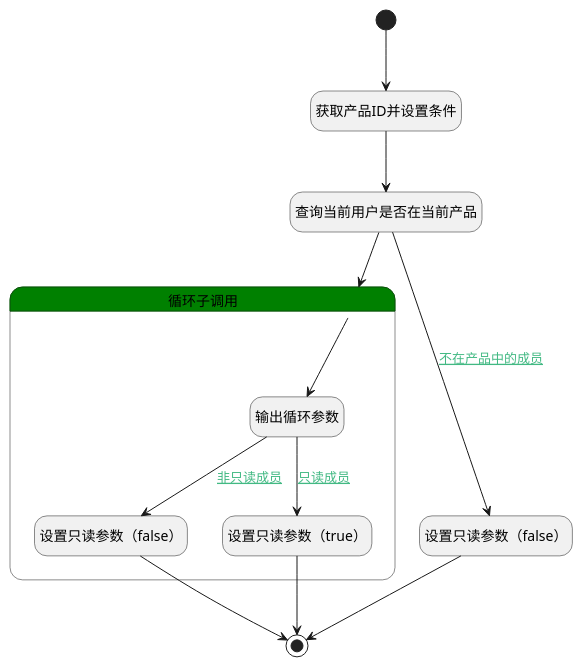
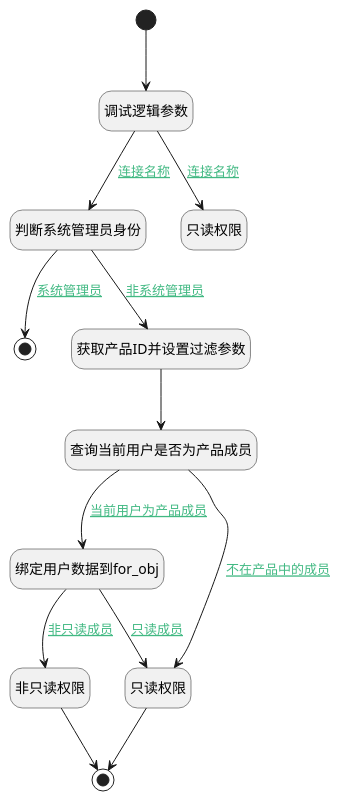
Before and after one commit to iBizLab/plm: the diagram in doc/docsify/module/ProdMgmt/ticket/logic/get_product_member.md, drawn with PlantUML. The commit also changed other lines of this file and 1068 other files, not shown here.

````diff
--- a/doc/docsify/module/ProdMgmt/ticket/logic/get_product_member.md
+++ b/doc/docsify/module/ProdMgmt/ticket/logic/get_product_member.md
@@ -7,36 +7,39 @@
 ```plantuml
 @startuml
 hide empty description
 <style>
 root {
   HyperlinkColor #42b983
 }
 </style>
 
 hide empty description
 state "开始" as Begin <<start>> [[$./get_product_member#begin {"开始"}]]
-state "获取产品ID并设置条件" as PREPAREPARAM2  [[$./get_product_member#prepareparam2 {"获取产品ID并设置条件"}]]
-state "查询当前用户是否在当前产品" as DEDATASET3  [[$./get_product_member#dedataset3 {"查询当前用户是否在当前产品"}]]
-state "设置只读参数（false）" as PREPAREPARAM8  [[$./get_product_member#prepareparam8 {"设置只读参数（false）"}]]
+state "调试逻辑参数" as DEBUGPARAM1  [[$./get_product_member#debugparam1 {"调试逻辑参数"}]]
+state "判断系统管理员身份" as RAWSFCODE3  [[$./get_product_member#rawsfcode3 {"判断系统管理员身份"}]]
+state "结束" as END2 <<end>> [[$./get_product_member#end2 {"结束"}]]
+state "获取产品ID并设置过滤参数" as PREPAREPARAM2  [[$./get_product_member#prepareparam2 {"获取产品ID并设置过滤参数"}]]
+state "查询当前用户是否为产品成员" as DEDATASET3  [[$./get_product_member#dedataset3 {"查询当前用户是否为产品成员"}]]
+state "绑定用户数据到for_obj" as PREPAREPARAM5  [[$./get_product_member#prepareparam5 {"绑定用户数据到for_obj"}]]
+state "只读权限" as RAWSFCODE1  [[$./get_product_member#rawsfcode1 {"只读权限"}]]
+state "非只读权限" as RAWSFCODE2  [[$./get_product_member#rawsfcode2 {"非只读权限"}]]
 state "结束" as END6 <<end>> [[$./get_product_member#end6 {"结束"}]]
-state "循环子调用" as LOOPSUBCALL3  [[$./get_product_member#loopsubcall3 {"循环子调用"}]] #green {
-state "输出循环参数" as DEBUGPARAM6  [[$./get_product_member#debugparam6 {"输出循环参数"}]]
-state "设置只读参数（false）" as PREPAREPARAM9  [[$./get_product_member#prepareparam9 {"设置只读参数（false）"}]]
-state "设置只读参数（true）" as PREPAREPARAM10  [[$./get_product_member#prepareparam10 {"设置只读参数（true）"}]]
-}
+state "只读权限" as RAWSFCODE4  [[$./get_product_member#rawsfcode4 {"只读权限"}]]
 
 
-Begin --> PREPAREPARAM2
+Begin --> DEBUGPARAM1
+DEBUGPARAM1 --> RAWSFCODE3 : [[$./get_product_member#debugparam1-rawsfcode3{连接名称} 连接名称]]
+RAWSFCODE3 --> PREPAREPARAM2 : [[$./get_product_member#rawsfcode3-prepareparam2{非系统管理员} 非系统管理员]]
 PREPAREPARAM2 --> DEDATASET3
-DEDATASET3 --> LOOPSUBCALL3
-LOOPSUBCALL3 --> DEBUGPARAM6
-DEBUGPARAM6 --> PREPAREPARAM9 : [[$./get_product_member#debugparam6-prepareparam9{非只读成员} 非只读成员]]
-PREPAREPARAM9 --> END6
-DEBUGPARAM6 --> PREPAREPARAM10 : [[$./get_product_member#debugparam6-prepareparam10{只读成员} 只读成员]]
-PREPAREPARAM10 --> END6
-DEDATASET3 --> PREPAREPARAM8 : [[$./get_product_member#dedataset3-prepareparam8{不在产品中的成员} 不在产品中的成员]]
-PREPAREPARAM8 --> END6
+DEDATASET3 --> RAWSFCODE1 : [[$./get_product_member#dedataset3-rawsfcode1{不在产品中的成员} 不在产品中的成员]]
+RAWSFCODE1 --> END6
+DEDATASET3 --> PREPAREPARAM5 : [[$./get_product_member#dedataset3-prepareparam5{当前用户为产品成员} 当前用户为产品成员]]
+PREPAREPARAM5 --> RAWSFCODE2 : [[$./get_product_member#prepareparam5-rawsfcode2{非只读成员} 非只读成员]]
+RAWSFCODE2 --> END6
+PREPAREPARAM5 --> RAWSFCODE1 : [[$./get_product_member#prepareparam5-rawsfcode1{只读成员} 只读成员]]
+RAWSFCODE3 --> END2 : [[$./get_product_member#rawsfcode3-end2{系统管理员} 系统管理员]]
+DEBUGPARAM1 --> RAWSFCODE4 : [[$./get_product_member#debugparam1-rawsfcode4{连接名称} 连接名称]]
 
 
 @enduml
 ```
````
